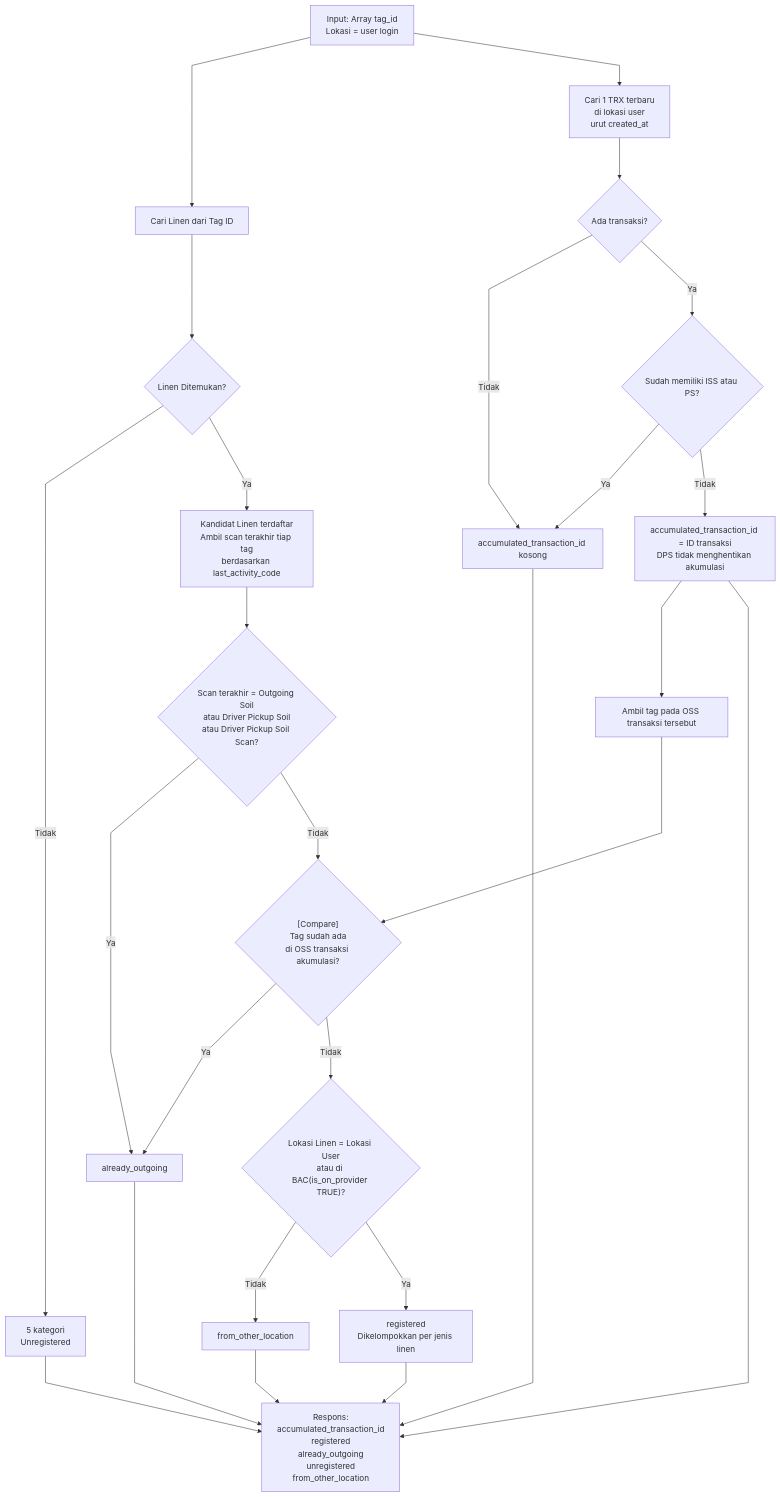
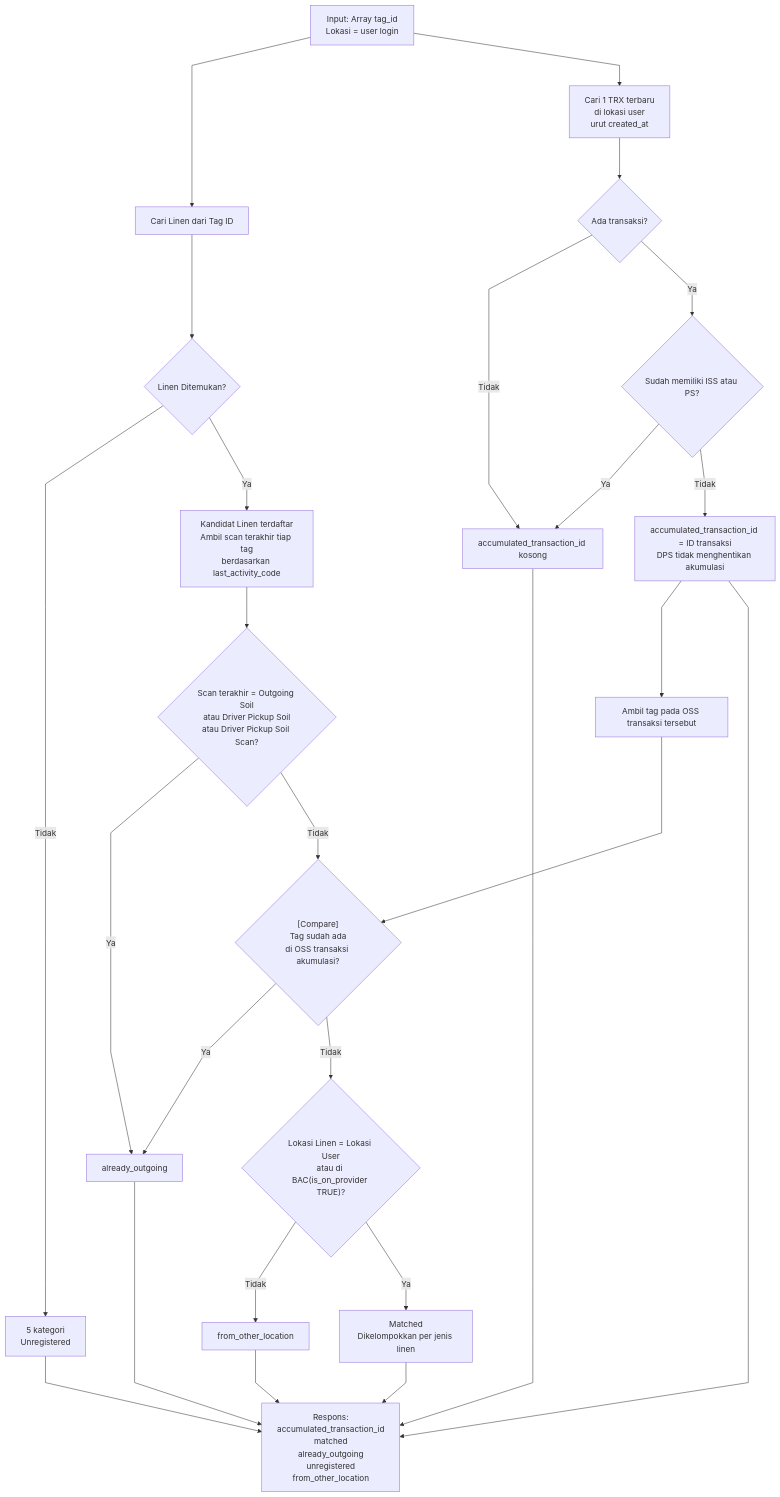
Before and after one commit to bagaskrmn/bac-flow-laundry: the first of 2 diagrams in laundry-activities/outgoing-soil.md, drawn with Mermaid. The commit also changed other lines of this file and 1 other file, not shown here.

````diff
--- a/laundry-activities/outgoing-soil.md
+++ b/laundry-activities/outgoing-soil.md
@@ -3,36 +3,36 @@
 ```mermaid
 %%{init: {'flowchart': {'curve': 'linear', 'nodeSpacing': 60, 'rankSpacing': 80, 'diagramPadding': 24}}}%%
 flowchart TD
     N_START["Input: Array tag_id<br/>Lokasi = user login"]
 
     N_START --> N_MASTER["Cari Linen dari Tag ID"]
     N_MASTER --> N_FOUND{"Linen Ditemukan?"}
     N_FOUND -->|Tidak| N_UNREG["5 kategori<br/>Unregistered"]
     N_FOUND -->|Ya| N_CAND["Kandidat Linen terdaftar<br/>Ambil scan terakhir tiap tag<br/>berdasarkan last_activity_code"]
 
     N_START --> N_TRX["Cari 1 TRX terbaru<br/>di lokasi user<br/>urut created_at"]
     N_TRX --> N_HAS{"Ada transaksi?"}
     N_HAS -->|Tidak| N_NEW["accumulated_transaction_id kosong"]
     N_HAS -->|Ya| N_CHECK{"Sudah memiliki ISS atau PS?"}
     N_CHECK -->|Ya| N_NEW
     N_CHECK -->|Tidak| N_ACC["accumulated_transaction_id = ID transaksi<br/>DPS tidak menghentikan akumulasi"]
     N_ACC --> N_EXIST["Ambil tag pada OSS transaksi tersebut"]
 
     N_CAND --> N_OUT{"Scan terakhir = Outgoing Soil<br/>atau Driver Pickup Soil<br/>atau Driver Pickup Soil Scan?"}
     N_OUT -->|Ya| N_ALREADY["already_outgoing"]
     N_OUT -->|Tidak| N_INACC{"[Compare]<br/>Tag sudah ada<br/>di OSS transaksi akumulasi?"}
     N_EXIST --> N_INACC
     N_INACC -->|Ya| N_ALREADY
     N_INACC -->|Tidak| N_LOC{"Lokasi Linen = Lokasi User<br/>atau di BAC(is_on_provider TRUE)?"}
     N_LOC -->|Tidak| N_OTHERLOC["from_other_location"]
-    N_LOC -->|Ya| N_READY["registered<br/>Dikelompokkan per jenis linen"]
+    N_LOC -->|Ya| N_READY["Matched<br/>Dikelompokkan per jenis linen"]
 
-    N_READY --> N_RES["Respons:<br/>accumulated_transaction_id<br/>registered<br/>already_outgoing<br/>unregistered<br/>from_other_location"]
+    N_READY --> N_RES["Respons:<br/>accumulated_transaction_id<br/>matched<br/>already_outgoing<br/>unregistered<br/>from_other_location"]
     N_ALREADY --> N_RES
     N_UNREG --> N_RES
     N_OTHERLOC --> N_RES
     N_ACC --> N_RES
     N_NEW --> N_RES
 
     class N_LOC,N_OTHERLOC danger
 ```
````
